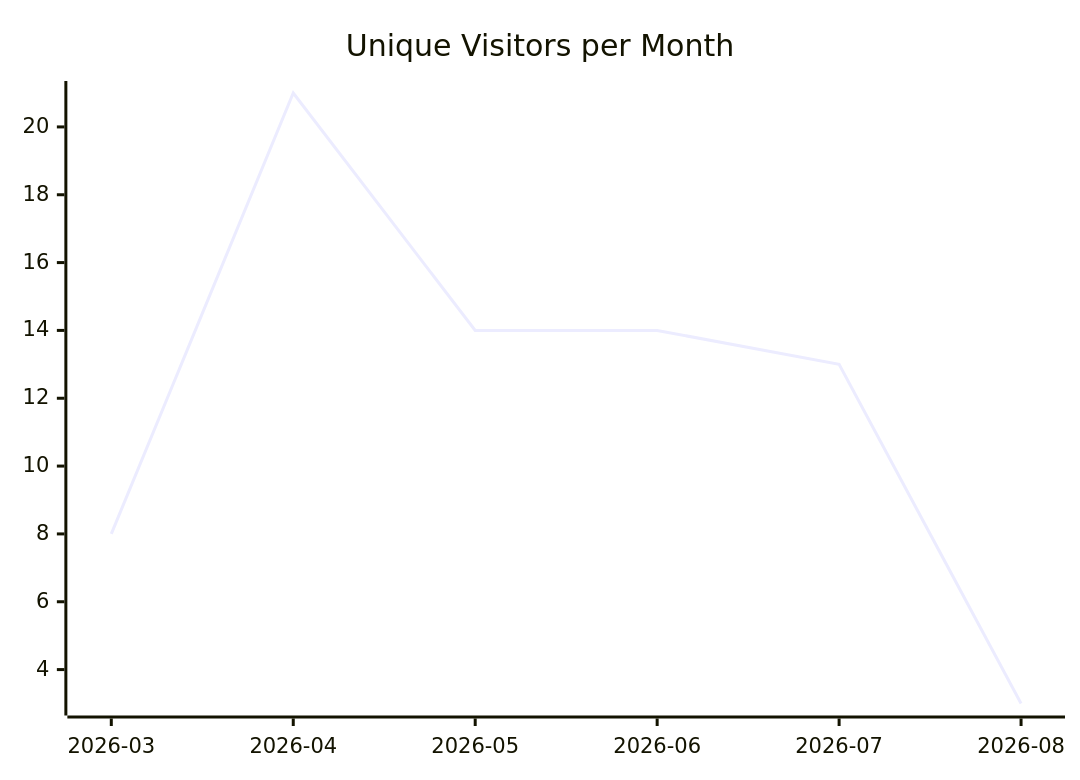
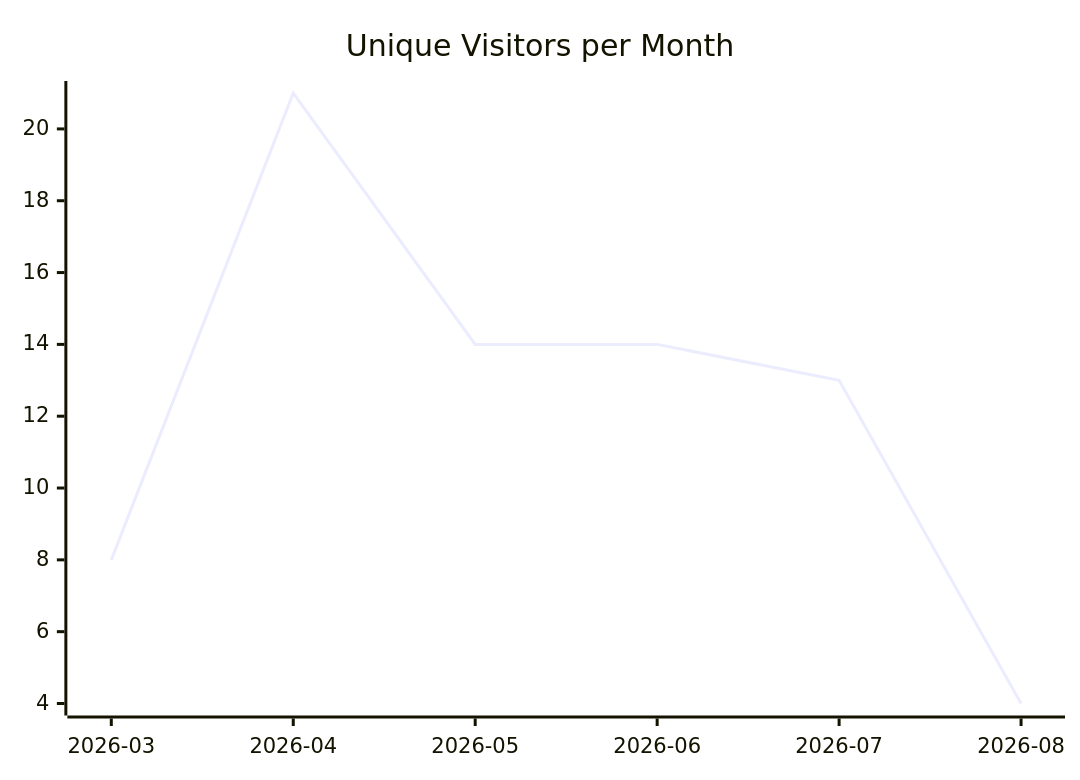
Before and after one commit to justdavis-family/github-analytics-data: the first of 3 diagrams in karlmdavis/ksoap2-android/README.md, drawn with Mermaid. The commit also changed other lines of this file and 160 other files, not shown here.

````diff
--- a/karlmdavis/ksoap2-android/README.md
+++ b/karlmdavis/ksoap2-android/README.md
@@ -5,6 +5,6 @@
 ```mermaid
 xychart-beta
   title "Unique Visitors per Month"
   x-axis ["2026-03", "2026-04", "2026-05", "2026-06", "2026-07", "2026-08"]
-  line [8, 21, 14, 14, 13, 3]
+  line [8, 21, 14, 14, 13, 4]
 ```
````
